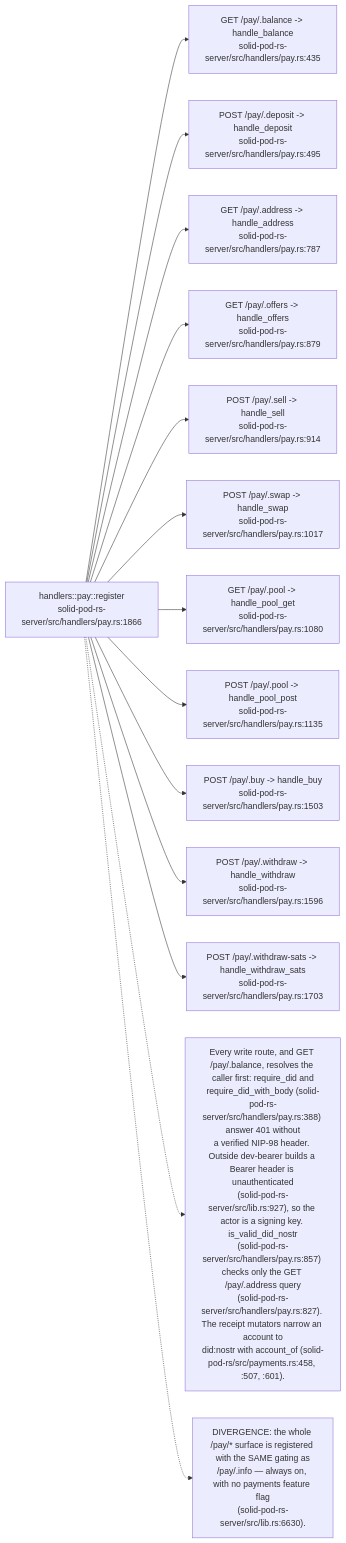
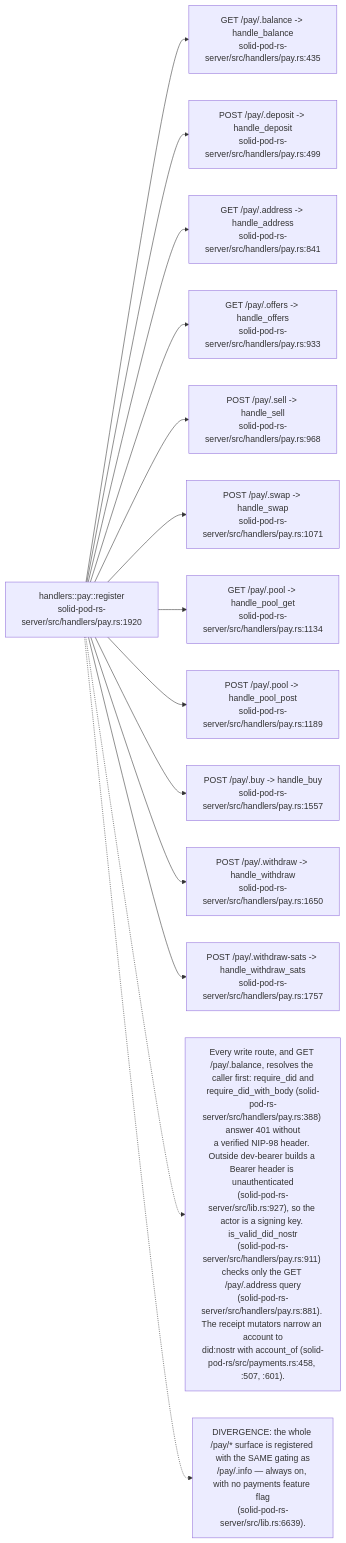
Diagram 13 of 21 in docs/diagrams/solid-pod-rs/07-provenance-and-payments.md (DreamLab-AI/VisionFlow), drawn with Mermaid before and after one commit. The commit also changed other lines of this file and 18 other files, not shown here.

First line of the commit message:
docs(diagrams): freeze panels for fixed defects and add successors at the fix revisions

````diff
--- a/docs/diagrams/solid-pod-rs/07-provenance-and-payments.md
+++ b/docs/diagrams/solid-pod-rs/07-provenance-and-payments.md
@@ -372,32 +374,32 @@
 ```mermaid
 flowchart LR
-    REG["handlers::pay::register<br/>solid-pod-rs-server/src/handlers/pay.rs:1866"]
+    REG["handlers::pay::register<br/>solid-pod-rs-server/src/handlers/pay.rs:1920"]
     BAL["GET /pay/.balance -> handle_balance<br/>solid-pod-rs-server/src/handlers/pay.rs:435"]
-    DEP["POST /pay/.deposit -> handle_deposit<br/>solid-pod-rs-server/src/handlers/pay.rs:495"]
-    ADDR["GET /pay/.address -> handle_address<br/>solid-pod-rs-server/src/handlers/pay.rs:787"]
-    OFF["GET /pay/.offers -> handle_offers<br/>solid-pod-rs-server/src/handlers/pay.rs:879"]
-    SELL["POST /pay/.sell -> handle_sell<br/>solid-pod-rs-server/src/handlers/pay.rs:914"]
-    SWAP["POST /pay/.swap -> handle_swap<br/>solid-pod-rs-server/src/handlers/pay.rs:1017"]
-    POOLG["GET /pay/.pool -> handle_pool_get<br/>solid-pod-rs-server/src/handlers/pay.rs:1080"]
-    POOLP["POST /pay/.pool -> handle_pool_post<br/>solid-pod-rs-server/src/handlers/pay.rs:1135"]
-    BUY["POST /pay/.buy -> handle_buy<br/>solid-pod-rs-server/src/handlers/pay.rs:1503"]
-    WD["POST /pay/.withdraw -> handle_withdraw<br/>solid-pod-rs-server/src/handlers/pay.rs:1596"]
-    WDS["POST /pay/.withdraw-sats -> handle_withdraw_sats<br/>solid-pod-rs-server/src/handlers/pay.rs:1703"]
+    DEP["POST /pay/.deposit -> handle_deposit<br/>solid-pod-rs-server/src/handlers/pay.rs:499"]
+    ADDR["GET /pay/.address -> handle_address<br/>solid-pod-rs-server/src/handlers/pay.rs:841"]
+    OFF["GET /pay/.offers -> handle_offers<br/>solid-pod-rs-server/src/handlers/pay.rs:933"]
+    SELL["POST /pay/.sell -> handle_sell<br/>solid-pod-rs-server/src/handlers/pay.rs:968"]
+    SWAP["POST /pay/.swap -> handle_swap<br/>solid-pod-rs-server/src/handlers/pay.rs:1071"]
+    POOLG["GET /pay/.pool -> handle_pool_get<br/>solid-pod-rs-server/src/handlers/pay.rs:1134"]
+    POOLP["POST /pay/.pool -> handle_pool_post<br/>solid-pod-rs-server/src/handlers/pay.rs:1189"]
+    BUY["POST /pay/.buy -> handle_buy<br/>solid-pod-rs-server/src/handlers/pay.rs:1557"]
+    WD["POST /pay/.withdraw -> handle_withdraw<br/>solid-pod-rs-server/src/handlers/pay.rs:1650"]
+    WDS["POST /pay/.withdraw-sats -> handle_withdraw_sats<br/>solid-pod-rs-server/src/handlers/pay.rs:1757"]
 
     REG --> BAL
     REG --> DEP
     REG --> ADDR
     REG --> OFF
     REG --> SELL
     REG --> SWAP
     REG --> POOLG
     REG --> POOLP
     REG --> BUY
     REG --> WD
     REG --> WDS
 
-    N["Every write route, and GET /pay/.balance, resolves the caller first: require_did and<br/>require_did_with_body (solid-pod-rs-server/src/handlers/pay.rs:388) answer 401 without<br/>a verified NIP-98 header. Outside dev-bearer builds a Bearer header is unauthenticated<br/>(solid-pod-rs-server/src/lib.rs:927), so the actor is a signing key. is_valid_did_nostr<br/>(solid-pod-rs-server/src/handlers/pay.rs:857) checks only the GET /pay/.address query<br/>(solid-pod-rs-server/src/handlers/pay.rs:827). The receipt mutators narrow an account to<br/>did:nostr with account_of (solid-pod-rs/src/payments.rs:458, :507, :601)."]
+    N["Every write route, and GET /pay/.balance, resolves the caller first: require_did and<br/>require_did_with_body (solid-pod-rs-server/src/handlers/pay.rs:388) answer 401 without<br/>a verified NIP-98 header. Outside dev-bearer builds a Bearer header is unauthenticated<br/>(solid-pod-rs-server/src/lib.rs:927), so the actor is a signing key. is_valid_did_nostr<br/>(solid-pod-rs-server/src/handlers/pay.rs:911) checks only the GET /pay/.address query<br/>(solid-pod-rs-server/src/handlers/pay.rs:881). The receipt mutators narrow an account to<br/>did:nostr with account_of (solid-pod-rs/src/payments.rs:458, :507, :601)."]
     REG -.-> N
-    N2["DIVERGENCE: the whole /pay/* surface is registered with the SAME gating as<br/>/pay/.info — always on, with no payments feature flag<br/>(solid-pod-rs-server/src/lib.rs:6630)."]
+    N2["DIVERGENCE: the whole /pay/* surface is registered with the SAME gating as<br/>/pay/.info — always on, with no payments feature flag<br/>(solid-pod-rs-server/src/lib.rs:6639)."]
     REG -.-> N2
 ```
````
